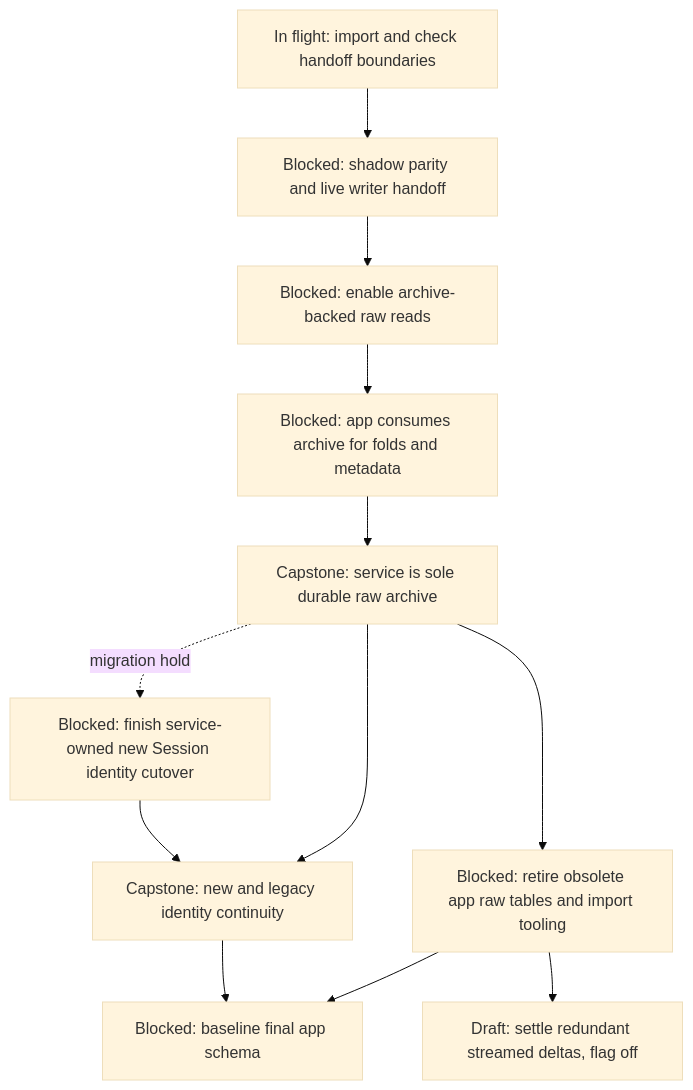
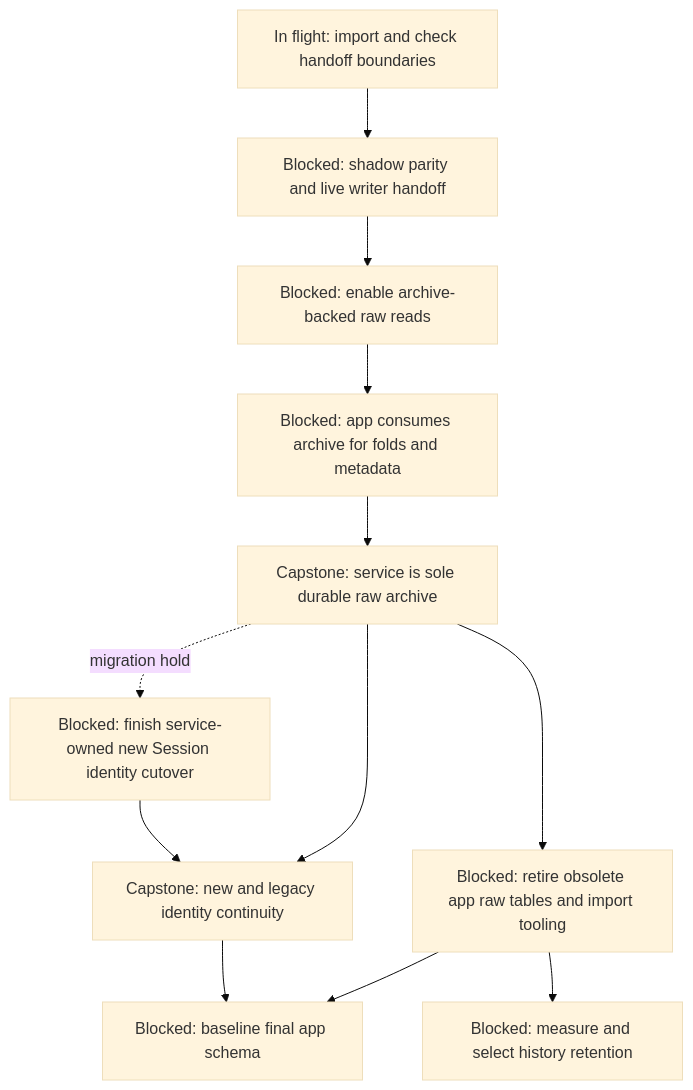
One commit to agentydragon/ducktape changed the first of 7 diagrams in agentplane/plans/task_dag.md. Above: the diagram before and after it, drawn with Mermaid (base theme). The commit also changed other lines of this file, not shown here.

````diff
--- a/agentplane/plans/task_dag.md
+++ b/agentplane/plans/task_dag.md
@@ -59,24 +59,24 @@
 ```mermaid
 flowchart TD
     THREAD_ARCHIVE_BACKFILL[In flight: import and check handoff boundaries]
     THREAD_ARCHIVE_INGEST[Blocked: shadow parity and live writer handoff]
     THREAD_ARCHIVE_READ_CUTOVER[Blocked: enable archive-backed raw reads]
     THREAD_ARCHIVE_UI_CUTOVER[Blocked: app consumes archive for folds and metadata]
     THREAD_ARCHIVE_OWNERSHIP[Capstone: service is sole durable raw archive]
     APP_RAW_HISTORY_RETIRE[Blocked: retire obsolete app raw tables and import tooling]
     THREAD_IDENTITY_NEW[Blocked: finish service-owned new Session identity cutover]
     THREAD_EVENT_CONTINUITY[Capstone: new and legacy identity continuity]
     APP_ALEMBIC_SQUASH[Blocked: baseline final app schema]
-    SESSION_EVENT_RETENTION[Draft: settle redundant streamed deltas, flag off]
+    SESSION_EVENT_RETENTION[Blocked: measure and select history retention]
     THREAD_ARCHIVE_BACKFILL --> THREAD_ARCHIVE_INGEST
     THREAD_ARCHIVE_INGEST --> THREAD_ARCHIVE_READ_CUTOVER
     THREAD_ARCHIVE_READ_CUTOVER --> THREAD_ARCHIVE_UI_CUTOVER
     THREAD_ARCHIVE_UI_CUTOVER --> THREAD_ARCHIVE_OWNERSHIP
     THREAD_ARCHIVE_OWNERSHIP --> APP_RAW_HISTORY_RETIRE
     THREAD_ARCHIVE_OWNERSHIP -. migration hold .-> THREAD_IDENTITY_NEW
     THREAD_ARCHIVE_OWNERSHIP --> THREAD_EVENT_CONTINUITY
     THREAD_IDENTITY_NEW --> THREAD_EVENT_CONTINUITY
     APP_RAW_HISTORY_RETIRE --> APP_ALEMBIC_SQUASH
     THREAD_EVENT_CONTINUITY --> APP_ALEMBIC_SQUASH
     APP_RAW_HISTORY_RETIRE --> SESSION_EVENT_RETENTION
 ```
````
